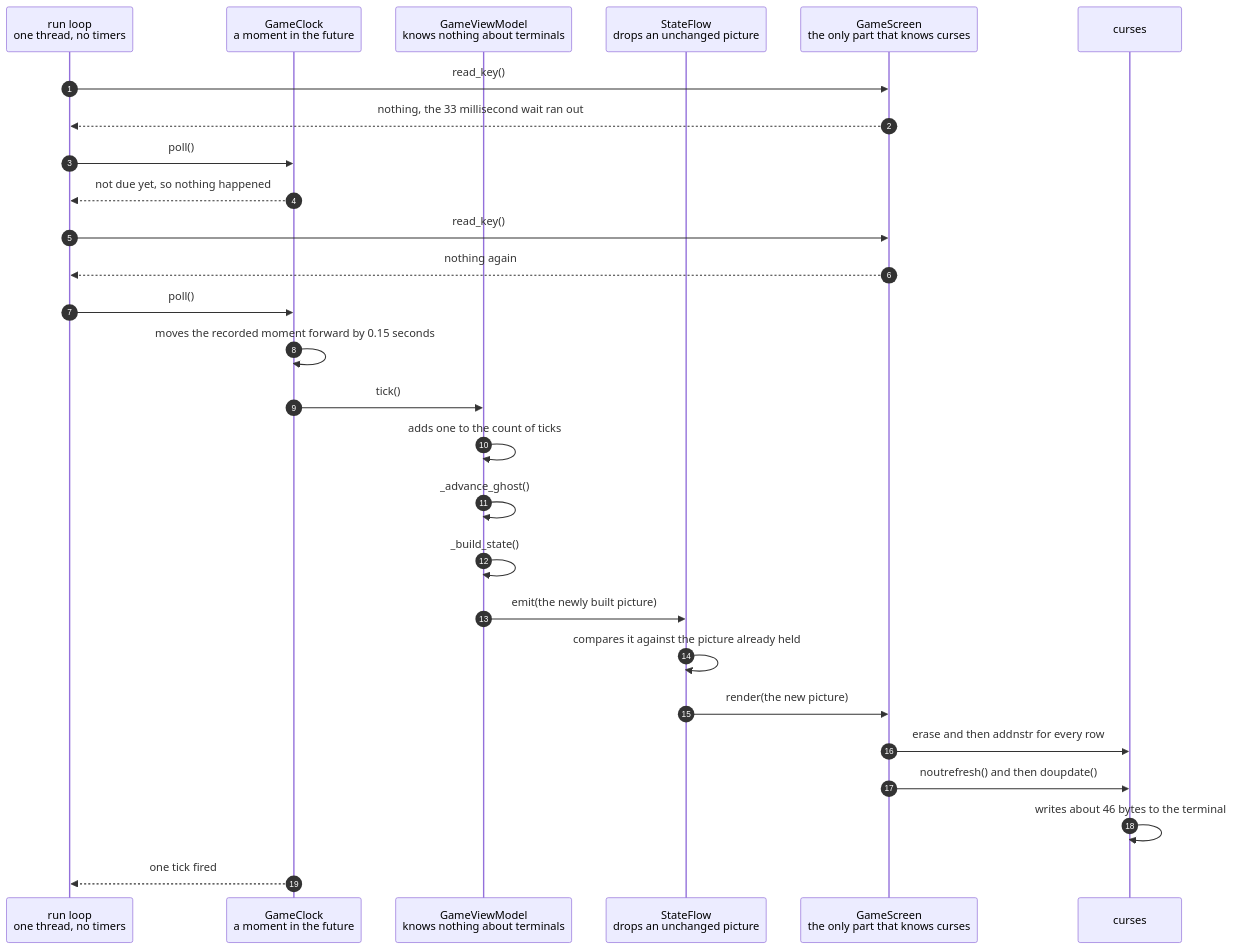
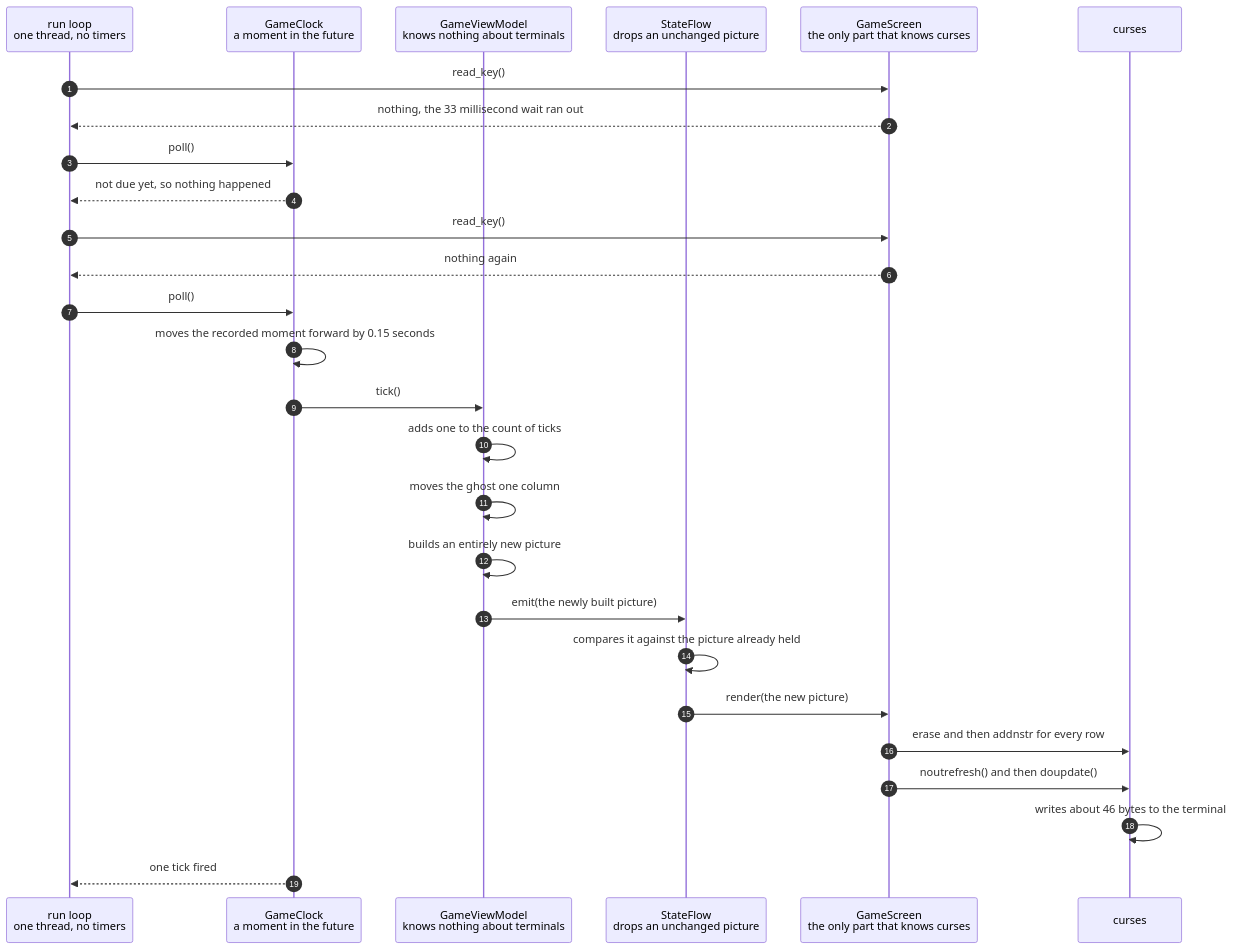
Before and after one commit to replicant1/TerminalGame: the diagram in docs/a-clock-tick-moves-the-ghost-and-repaints-the-screen.md, drawn with Mermaid. The commit also changed other lines of this file and 5 other files, not shown here.

````diff
--- a/docs/a-clock-tick-moves-the-ghost-and-repaints-the-screen.md
+++ b/docs/a-clock-tick-moves-the-ghost-and-repaints-the-screen.md
@@ -47,30 +47,30 @@
 ```mermaid
 sequenceDiagram
     autonumber
     participant Main as run loop<br/>one thread, no timers
     participant Clock as GameClock<br/>a moment in the future
     participant ViewModel as GameViewModel<br/>knows nothing about terminals
     participant Flow as StateFlow<br/>drops an unchanged picture
     participant Screen as GameScreen<br/>the only part that knows curses
     participant Curses as curses
 
     Main->>Screen: read_key()
     Screen-->>Main: nothing, the 33 millisecond wait ran out
     Main->>Clock: poll()
     Clock-->>Main: not due yet, so nothing happened
     Main->>Screen: read_key()
     Screen-->>Main: nothing again
     Main->>Clock: poll()
     Clock->>Clock: moves the recorded moment forward by 0.15 seconds
     Clock->>ViewModel: tick()
     ViewModel->>ViewModel: adds one to the count of ticks
-    ViewModel->>ViewModel: _advance_ghost()
-    ViewModel->>ViewModel: _build_state()
+    ViewModel->>ViewModel: moves the ghost one column
+    ViewModel->>ViewModel: builds an entirely new picture
     ViewModel->>Flow: emit(the newly built picture)
     Flow->>Flow: compares it against the picture already held
     Flow->>Screen: render(the new picture)
     Screen->>Curses: erase and then addnstr for every row
     Screen->>Curses: noutrefresh() and then doupdate()
     Curses->>Curses: writes about 46 bytes to the terminal
     Clock-->>Main: one tick fired
 ```
````
